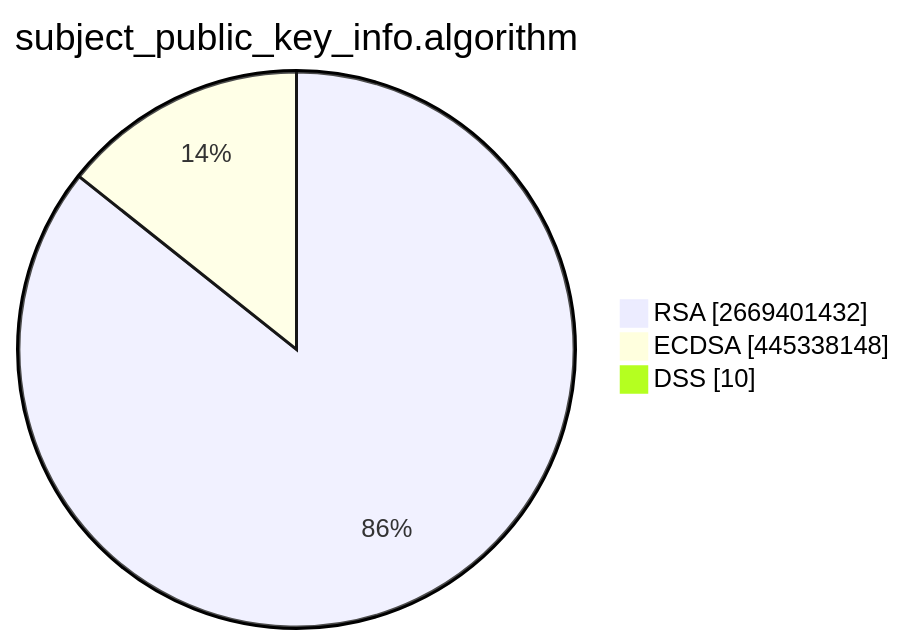
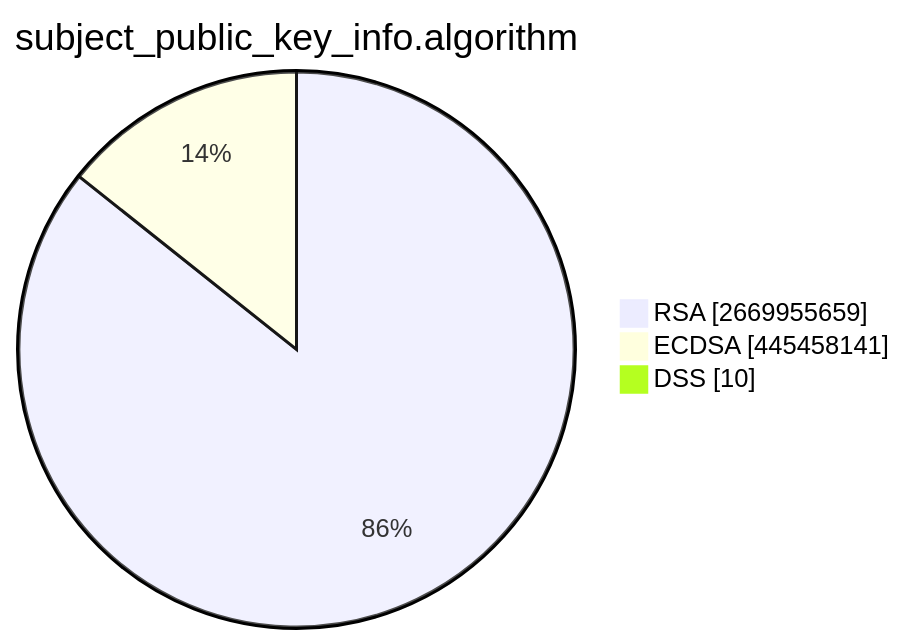
The second of 15 diagrams in TOTAL/README.md (christiankrug/ctmonitor_visualization), drawn with Mermaid before and after one commit. The commit also changed other lines of this file, not shown here.

````diff
--- a/TOTAL/README.md
+++ b/TOTAL/README.md
@@ -6,7 +6,7 @@
 ```mermaid
 pie showData
 title subject_public_key_info.algorithm
-"RSA" :2669401432
-"ECDSA" :445338148
+"RSA" :2669955659
+"ECDSA" :445458141
 "DSS" :10
 ```
````
